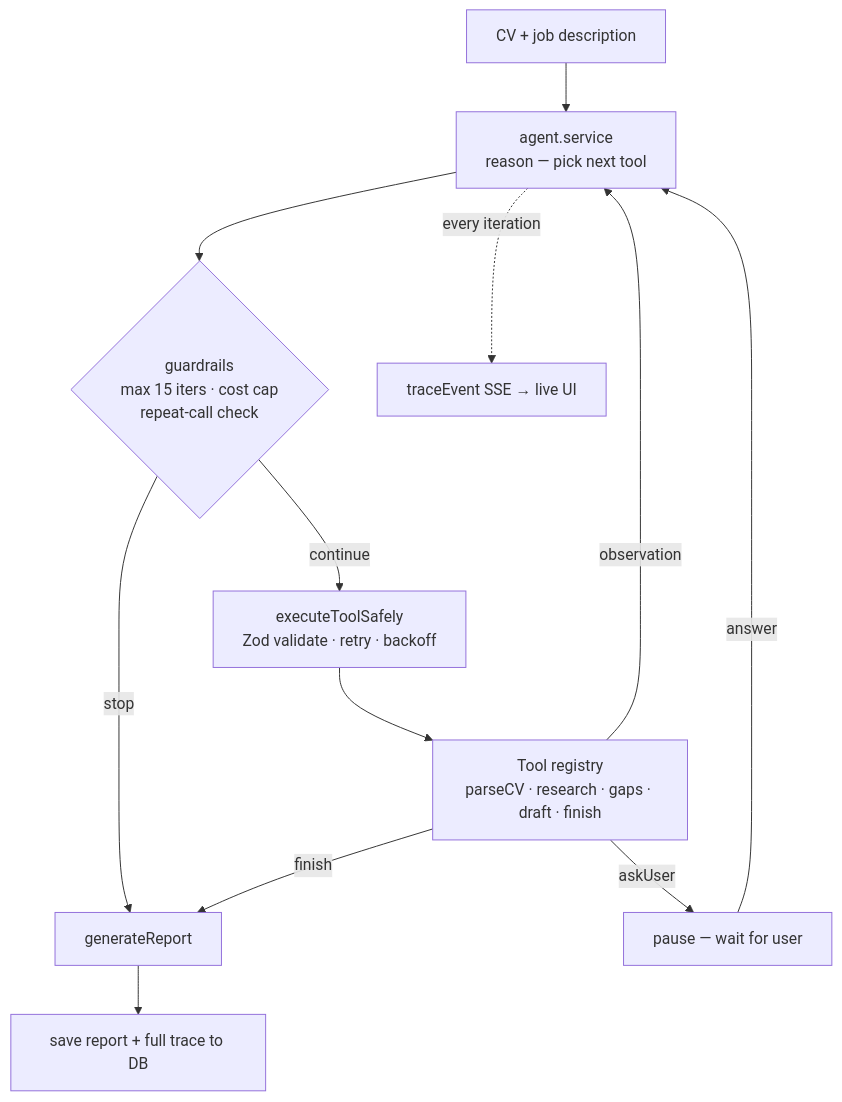
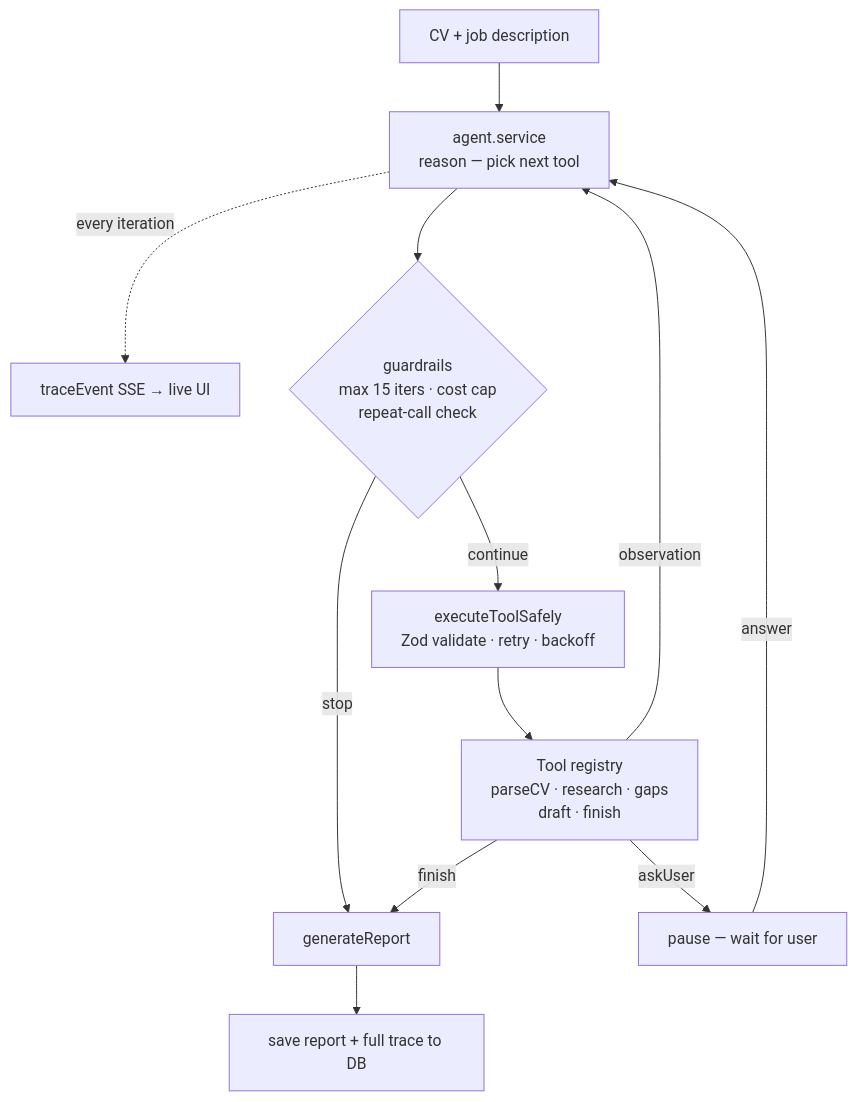
Before and after one commit to joshu1024/joshu1024: the first of 2 diagrams in README.md, drawn with Mermaid. The commit also changed other lines of this file, not shown here.

````diff
--- a/README.md
+++ b/README.md
@@ -124,14 +77,14 @@
 ```mermaid
 flowchart TD
-    A[CV + job description] --> B[agent.service\nreason — pick next tool]
-    B --> C{guardrails\nmax 15 iters · cost cap\nrepeat-call check}
-    C -->|stop| G[generateReport]
-    C -->|continue| D[executeToolSafely\nZod validate · retry · backoff]
-    D --> E[Tool registry\nparseCV · research · gaps · draft · finish]
-    E -->|observation| B
-    E -->|askUser| F[pause — wait for user]
-    F -->|answer| B
-    E -->|finish| G
-    G --> H[save report + full trace to DB]
-    B -.->|every iteration| T[traceEvent SSE → live UI]
+    A[CV + job description] --> B[agent.service<br/>reason — pick next tool]
+    B -. every iteration .-> T[traceEvent SSE → live UI]
+    B --> G{guardrails<br/>max 15 iters · cost cap<br/>repeat-call check}
+    G -- continue --> E[executeToolSafely<br/>Zod validate · retry · backoff]
+    G -- stop --> R[generateReport]
+    E --> TR[Tool registry<br/>parseCV · research · gaps<br/>draft · finish]
+    TR -- observation --> B
+    TR -- askUser --> P[pause — wait for user]
+    P -- answer --> B
+    TR -- finish --> R
+    R --> S[save report + full trace to DB]
 ```
````
